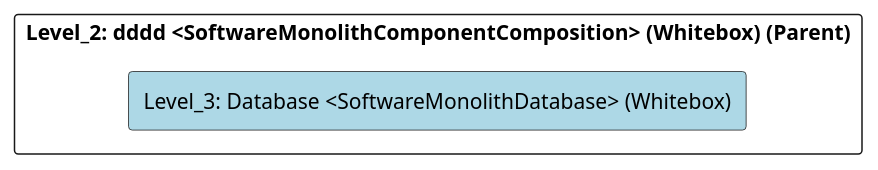
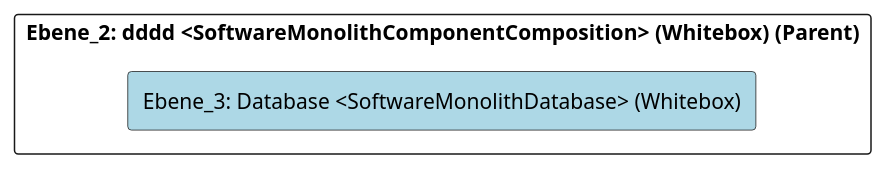
Before and after one commit to marcozwyssig/cleon: the diagram in src/cleon.architecturemethods.arc42.sample/doc/cleon_architecturemethods_arc42_sample_software_monolith/adoc/en/05_building_block_view/monolithsample/dddd/database/level_3_database.adoc, drawn with PlantUML. The commit also changed other lines of this file and 214 other files, not shown here.

```diff
--- a/src/cleon.architecturemethods.arc42.sample/doc/cleon_architecturemethods_arc42_sample_software_monolith/adoc/en/05_building_block_view/monolithsample/dddd/database/level_3_database.adoc
+++ b/src/cleon.architecturemethods.arc42.sample/doc/cleon_architecturemethods_arc42_sample_software_monolith/adoc/en/05_building_block_view/monolithsample/dddd/database/level_3_database.adoc
@@ -20,24 +20,24 @@
-[plantuml, Level_3: Database <SoftwareMonolithDatabase> (Whitebox)BlockOverview, format="svg"]
+[plantuml, Ebene_3: Database <SoftwareMonolithDatabase> (Whitebox)BlockOverview, format="svg"]
 ----
-@startuml Level_3: Database <SoftwareMonolithDatabase> (Whitebox)BuildingBlockOverview
+@startuml Ebene_3: Database <SoftwareMonolithDatabase> (Whitebox)BuildingBlockOverview
 
 skinparam ranksep 10
 skinparam componentStyle rectangle
 skinparam shadowing false
 skinparam arrowColor lightblue
 skinparam arrowThickness 1.2
 skinparam rectangle {
   BackgroundColor White
   BorderColor #333
   RoundCorner 10
 }
 top to bottom direction
 
-component "Level_2: dddd <SoftwareMonolithComponentComposition> (Whitebox) (Parent)" {
-    component "Level_3: Database <SoftwareMonolithDatabase> (Whitebox)" #lightblue {
+component "Ebene_2: dddd <SoftwareMonolithComponentComposition> (Whitebox) (Parent)" {
+    component "Ebene_3: Database <SoftwareMonolithDatabase> (Whitebox)" #lightblue {
     }
 
 }
 
 @enduml
 ----
```
